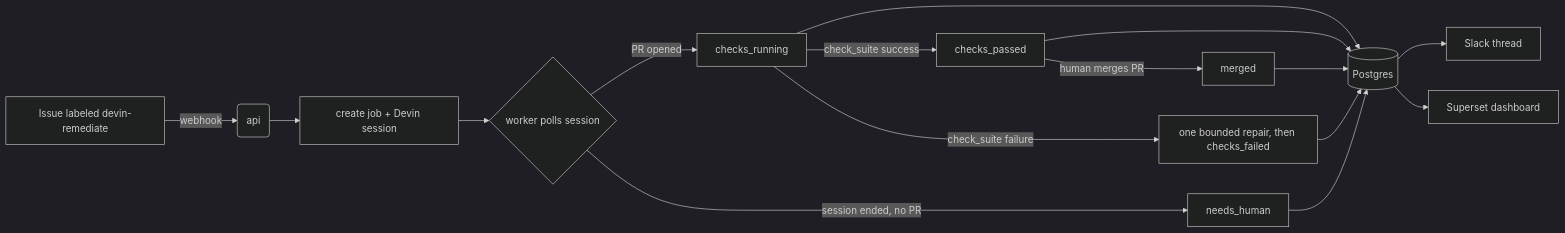
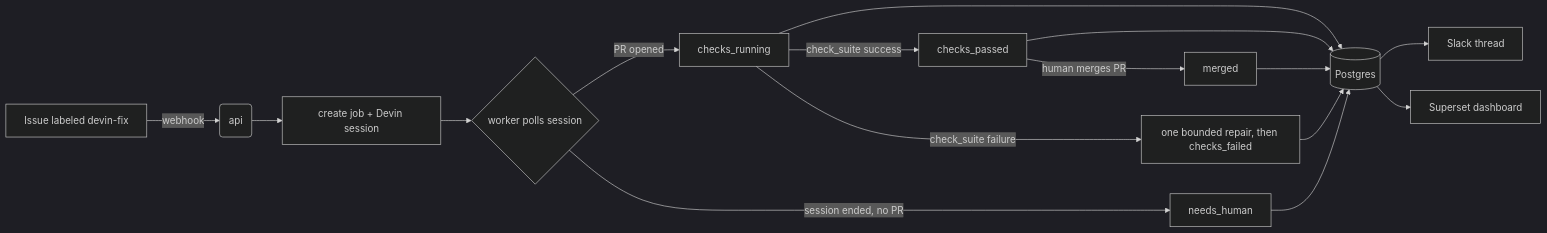
Before and after one commit to haveitjoewei/devin-superset-automation: the diagram in docs/ARCHITECTURE.md, drawn with Mermaid (dark theme). The commit also changed other lines of this file and 9 other files, not shown here.

First line of the commit message:
rename trigger label devin-remediate -> devin-fix; document trigger modes

````diff
--- a/docs/ARCHITECTURE.md
+++ b/docs/ARCHITECTURE.md
@@ -20,14 +20,14 @@
 ```mermaid
 flowchart LR
-  A[Issue labeled devin-remediate] -->|webhook| B(api)
+  A[Issue labeled devin-fix] -->|webhook| B(api)
   B --> C[create job + Devin session]
   C --> D{worker polls session}
   D -->|PR opened| E[checks_running]
   E -->|check_suite success| F[checks_passed]
   F -->|human merges PR| G[merged]
   E -->|check_suite failure| H[one bounded repair, then checks_failed]
   D -->|session ended, no PR| I[needs_human]
   E & F & G & H & I --> J[(Postgres)]
   J --> K[Slack thread]
   J --> L[Superset dashboard]
 ```
````
